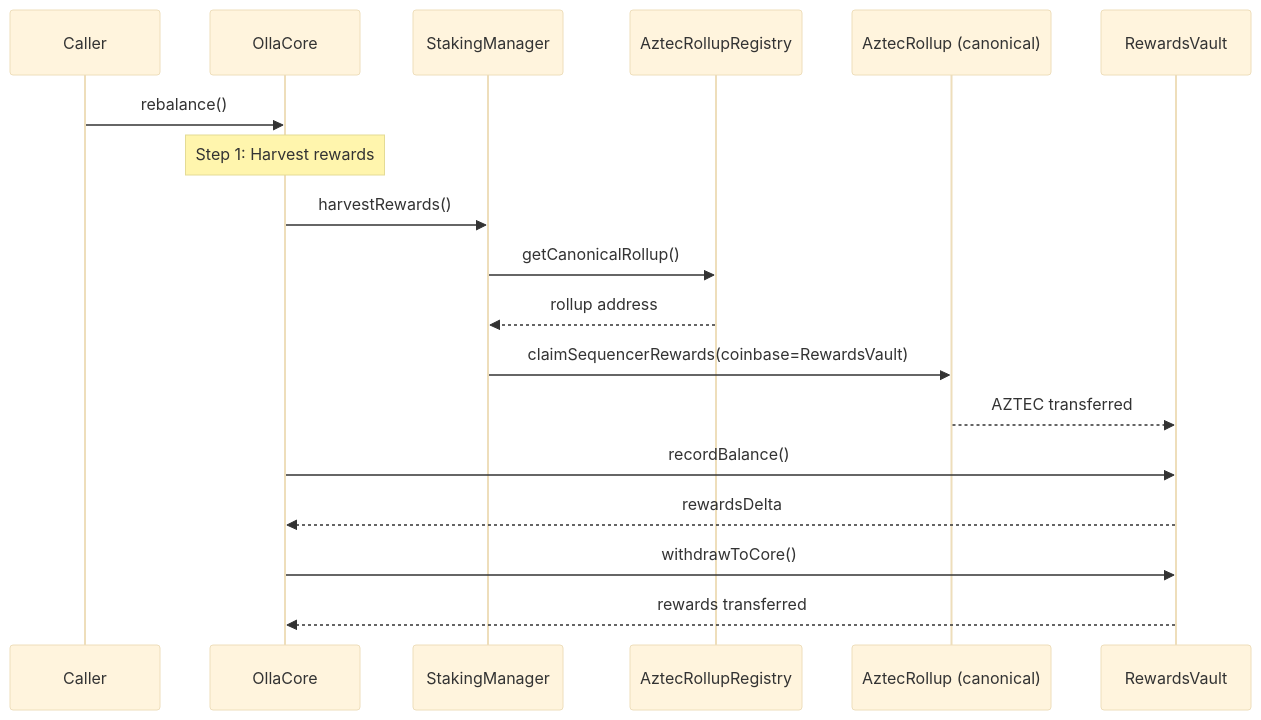
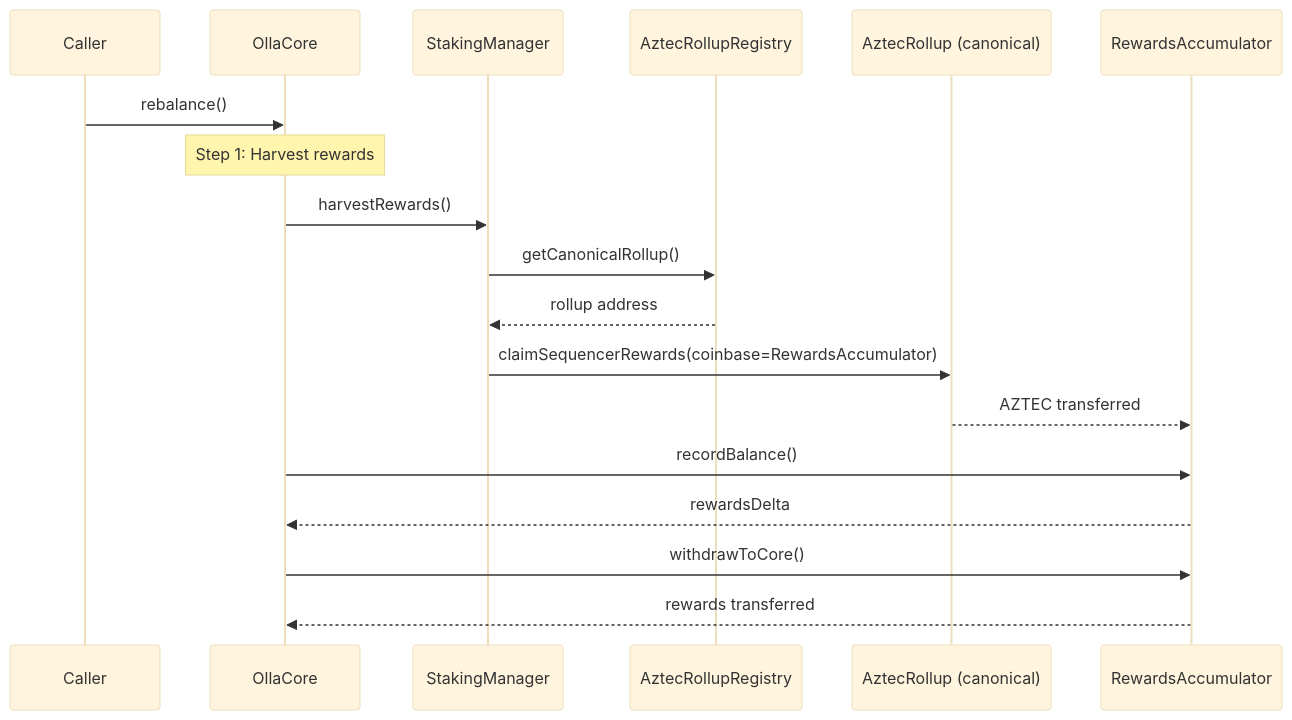
The third of 10 diagrams in docs/architecture/operator-actions.md (ollafinance/core), drawn with Mermaid (base theme) before and after one commit. The commit also changed other lines of this file and 180 other files, not shown here.

````diff
--- a/docs/architecture/operator-actions.md
+++ b/docs/architecture/operator-actions.md
@@ -77,21 +77,21 @@
 ```mermaid
 sequenceDiagram
     participant A as Caller
     participant C as OllaCore
     participant SM as StakingManager
     participant RR as AztecRollupRegistry
     participant AR as AztecRollup (canonical)
-    participant RV as RewardsVault
+    participant RA as RewardsAccumulator
 
     A->>C: rebalance()
     Note over C: Step 1: Harvest rewards
     C->>SM: harvestRewards()
     SM->>RR: getCanonicalRollup()
     RR-->>SM: rollup address
-    SM->>AR: claimSequencerRewards(coinbase=RewardsVault)
-    AR-->>RV: AZTEC transferred
-    C->>RV: recordBalance()
-    RV-->>C: rewardsDelta
-    C->>RV: withdrawToCore()
-    RV-->>C: rewards transferred
+    SM->>AR: claimSequencerRewards(coinbase=RewardsAccumulator)
+    AR-->>RA: AZTEC transferred
+    C->>RA: recordBalance()
+    RA-->>C: rewardsDelta
+    C->>RA: withdrawToCore()
+    RA-->>C: rewards transferred
 ```
````
